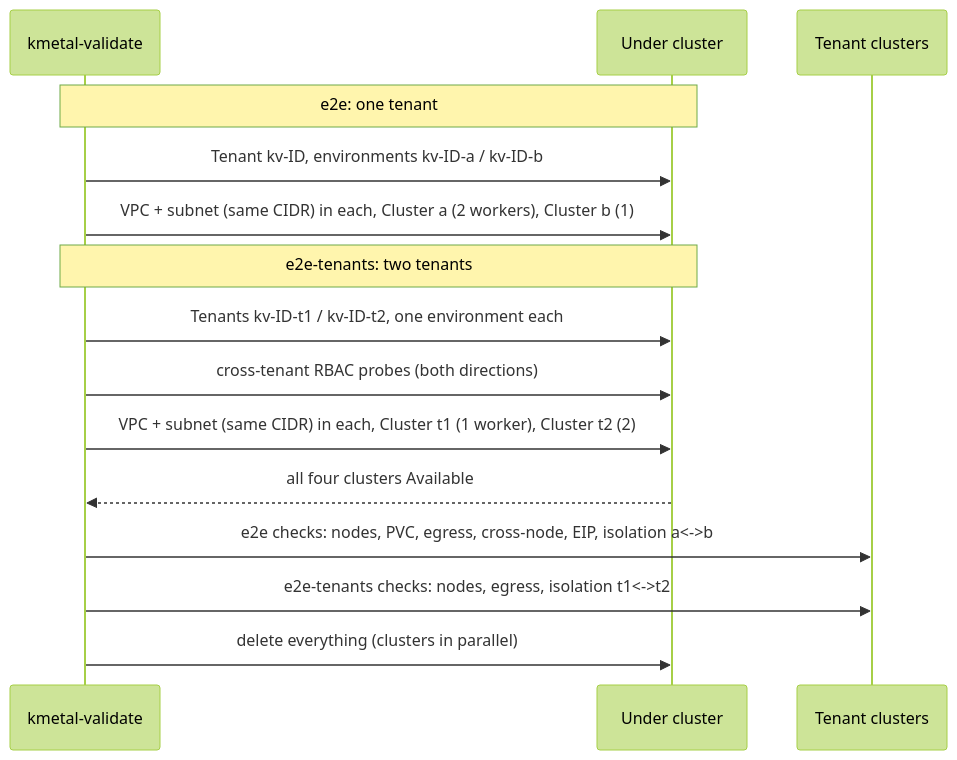
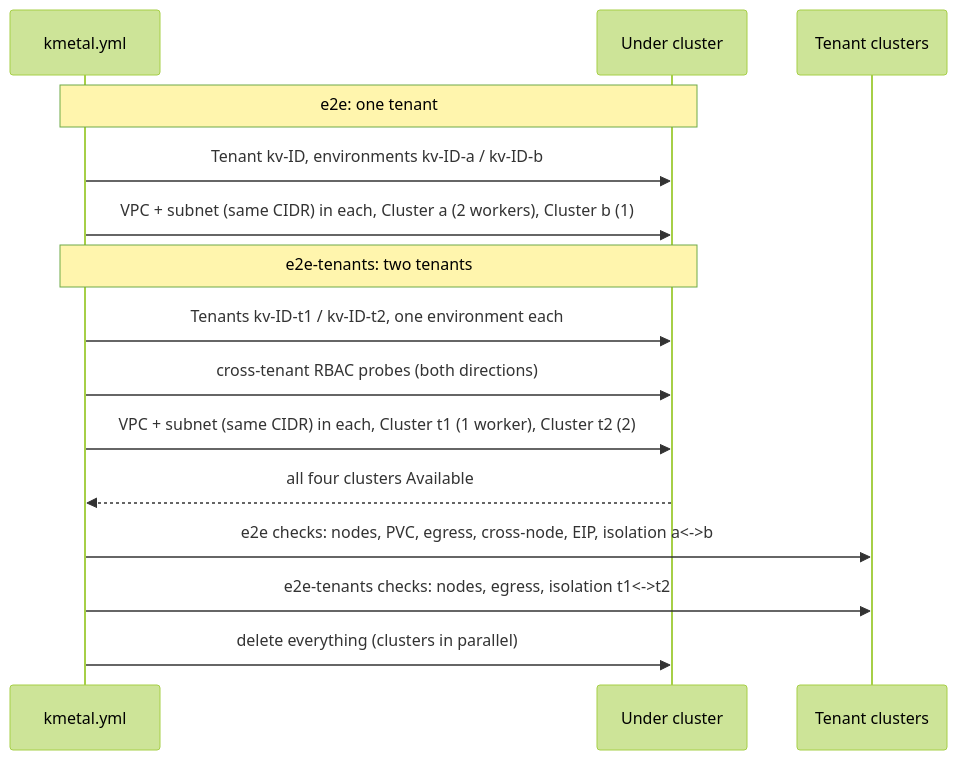
The diagram in docs/e2e-test.md (clastix/kmetal-validation-script), drawn with Mermaid (forest theme) before and after one commit. The commit also changed other lines of this file and 89 other files, not shown here.

````diff
--- a/docs/e2e-test.md
+++ b/docs/e2e-test.md
@@ -23,17 +24,17 @@
 ```mermaid
 sequenceDiagram
-    participant T as kmetal-validate
+    participant T as kmetal.yml
     participant U as Under cluster
     participant C as Tenant clusters
     Note over T,U: e2e: one tenant
     T->>U: Tenant kv-ID, environments kv-ID-a / kv-ID-b
     T->>U: VPC + subnet (same CIDR) in each, Cluster a (2 workers), Cluster b (1)
     Note over T,U: e2e-tenants: two tenants
     T->>U: Tenants kv-ID-t1 / kv-ID-t2, one environment each
     T->>U: cross-tenant RBAC probes (both directions)
     T->>U: VPC + subnet (same CIDR) in each, Cluster t1 (1 worker), Cluster t2 (2)
     U-->>T: all four clusters Available
     T->>C: e2e checks: nodes, PVC, egress, cross-node, EIP, isolation a<->b
     T->>C: e2e-tenants checks: nodes, egress, isolation t1<->t2
     T->>U: delete everything (clusters in parallel)
 ```
````
